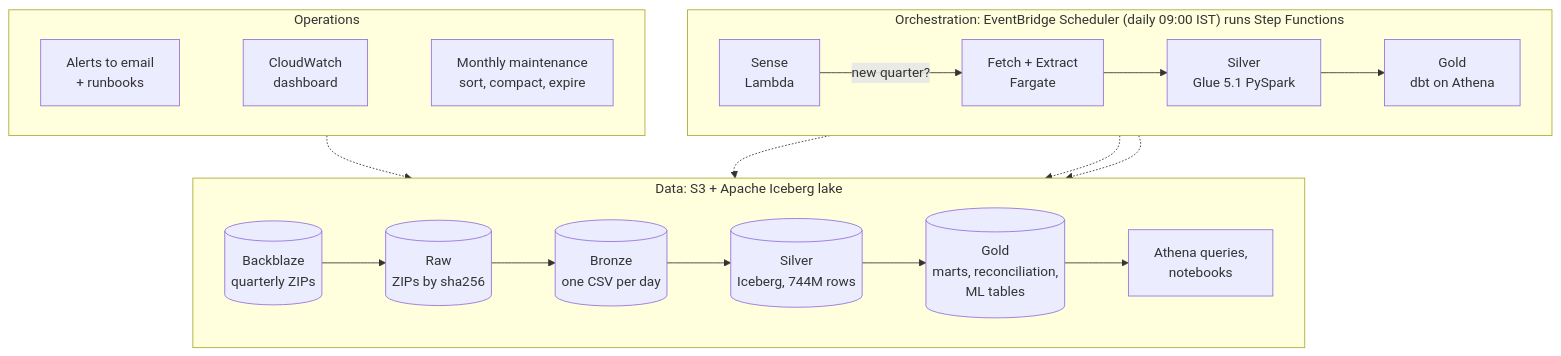
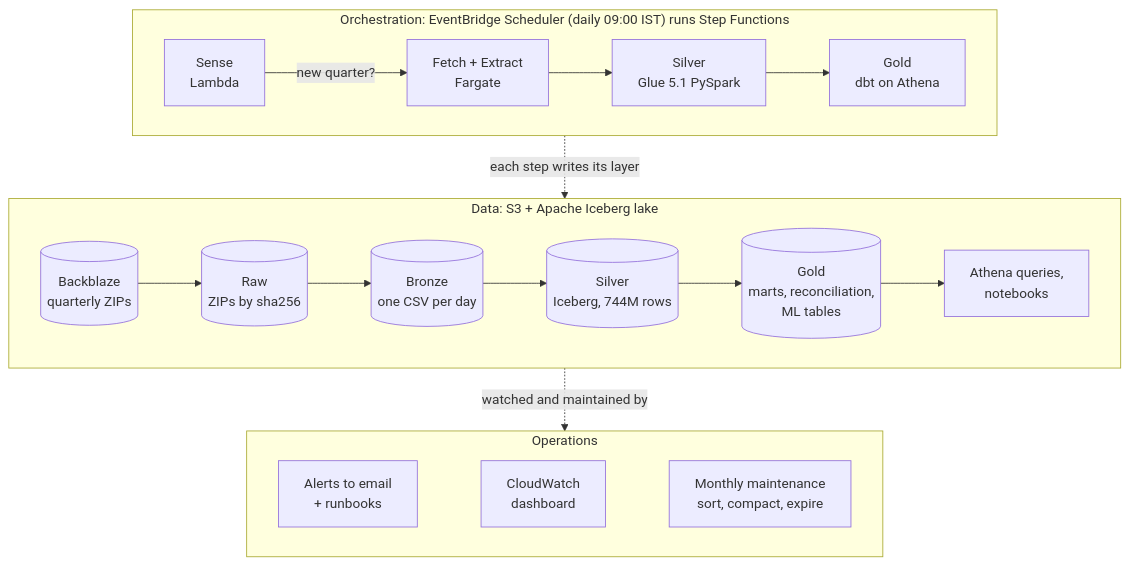
Before and after one commit to PRANAV-ADITYA/backblaze-drive-stats-platform: the diagram in README.md, drawn with Mermaid.

Commit message:
docs: keep diagram lanes left to right

````diff
--- a/README.md
+++ b/README.md
@@ -28,19 +28,17 @@
 ```mermaid
 flowchart TB
     subgraph ORCH["Orchestration: EventBridge Scheduler (daily 09:00 IST) runs Step Functions"]
         direction LR
         O1[Sense<br/>Lambda] -->|new quarter?| O2[Fetch + Extract<br/>Fargate] --> O3[Silver<br/>Glue 5.1 PySpark] --> O4[Gold<br/>dbt on Athena]
     end
     subgraph DATA["Data: S3 + Apache Iceberg lake"]
         direction LR
         BB[(Backblaze<br/>quarterly ZIPs)] --> RAW[(Raw<br/>ZIPs by sha256)] --> BRZ[(Bronze<br/>one CSV per day)] --> SIL[(Silver<br/>Iceberg, 744M rows)] --> GOLD[(Gold<br/>marts, reconciliation,<br/>ML tables)] --> USE[Athena queries,<br/>notebooks]
     end
     subgraph OPS["Operations"]
         direction LR
         AL[Alerts to email<br/>+ runbooks] ~~~ DB[CloudWatch<br/>dashboard] ~~~ MT[Monthly maintenance<br/>sort, compact, expire]
     end
-    O2 -.-> RAW
-    O3 -.-> SIL
-    O4 -.-> GOLD
-    MT -.-> SIL
+    ORCH -.->|each step writes its layer| DATA
+    DATA -.->|watched and maintained by| OPS
 ```
````
